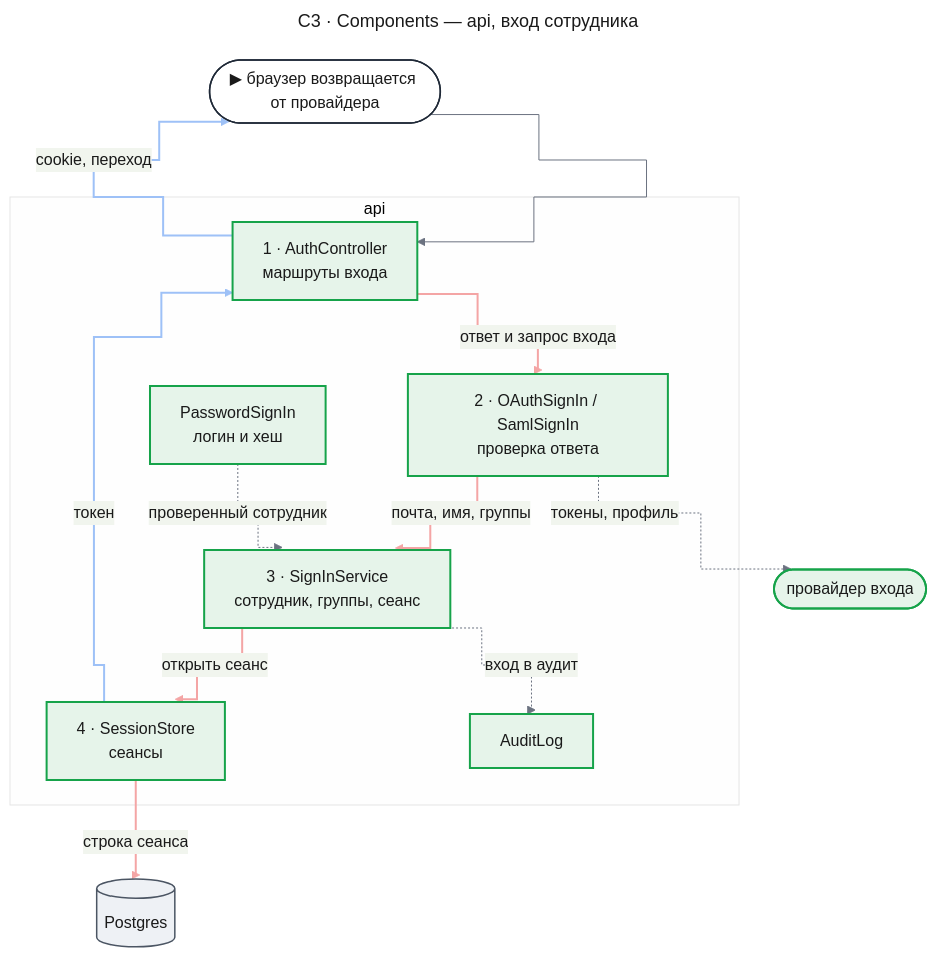
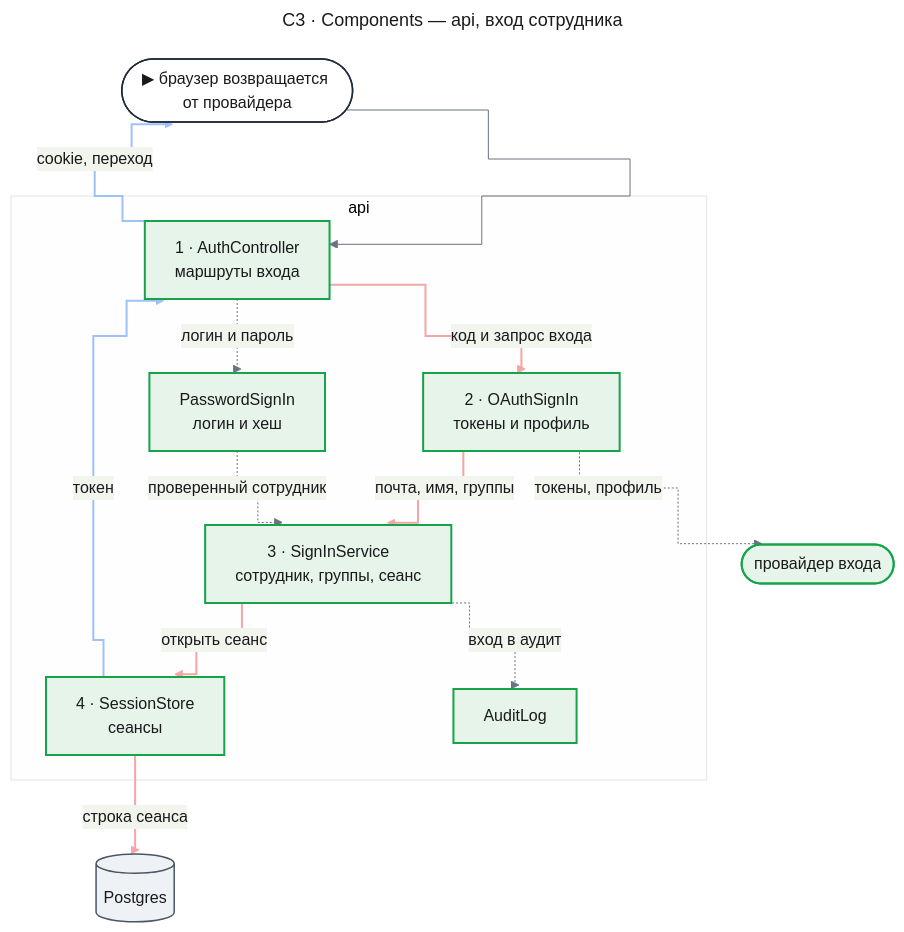
One commit to tundraray/agent-os changed the third of 9 diagrams in docs/features/enterprise-access/design-identity.md. Above: the diagram before and after it, drawn with Mermaid. The commit also changed other lines of this file and 6 other files, not shown here.

````diff
--- a/docs/features/enterprise-access/design-identity.md
+++ b/docs/features/enterprise-access/design-identity.md
@@ -330,60 +310,61 @@
 ```mermaid
 ---
 title: "C3 · Components — api, вход сотрудника"
 config:
   theme: base
   look: classic
   themeVariables:
     primaryColor: "#eef1f5"
     primaryBorderColor: "#4b5563"
     primaryTextColor: "#1a1a1a"
     lineColor: "#6b7280"
   flowchart:
     curve: step
   themeCSS: |
     @keyframes lit_c3a{0%,15%{stroke:#991b1b;stroke-width:6px}16.67%,100%{stroke:#f4a5a5;stroke-width:2px}}
     @keyframes litr_c3a{0%,15%{stroke:#1d4ed8;stroke-width:6px}16.67%,100%{stroke:#9ec1f7;stroke-width:2px}}
 ---
 flowchart TB
     entry(["▶ браузер возвращается от провайдера"])
     subgraph api["api"]
         ctl["1 · AuthController<br/>маршруты входа"]
-        proto["2 · OAuthSignIn / SamlSignIn<br/>проверка ответа"]
+        proto["2 · OAuthSignIn<br/>токены и профиль"]
         sign["3 · SignInService<br/>сотрудник, группы, сеанс"]
         sess["4 · SessionStore<br/>сеансы"]
         pwd["PasswordSignIn<br/>логин и хеш"]
         audit["AuditLog"]
     end
     db[("Postgres")]
     idp(["провайдер входа"])
     entry --> ctl
-    ctl e1@-->|"ответ и запрос входа"| proto
+    ctl e1@-->|"код и запрос входа"| proto
     proto e2@-->|"почта, имя, группы"| sign
     sign e3@-->|"открыть сеанс"| sess
     sess e4@-->|"строка сеанса"| db
     sess e5@-->|"токен"| ctl
     ctl e6@-->|"cookie, переход"| entry
+    ctl -.->|"логин и пароль"| pwd
+    pwd -.->|"проверенный сотрудник"| sign
     proto -.->|"токены, профиль"| idp
-    pwd -.->|"проверенный сотрудник"| sign
     sign -.->|"вход в аудит"| audit
     classDef entry fill:#ffffff,stroke:#1f2937,stroke-width:1.5px,color:#1a1a1a
     classDef changed fill:#fde8e8,stroke:#dc2626,stroke-width:2px,color:#1a1a1a
     classDef new fill:#e6f4ea,stroke:#16a34a,stroke-width:2px,color:#1a1a1a
     classDef unchanged fill:#eef1f5,stroke:#4b5563,stroke-width:1.5px,color:#1a1a1a
     classDef w1 stroke:#f4a5a5,stroke-width:2px,animation:lit_c3a 7.2s linear 0s infinite
     classDef w2 stroke:#f4a5a5,stroke-width:2px,animation:lit_c3a 7.2s linear 1.2s infinite
     classDef w3 stroke:#f4a5a5,stroke-width:2px,animation:lit_c3a 7.2s linear 2.4s infinite
     classDef w4 stroke:#f4a5a5,stroke-width:2px,animation:lit_c3a 7.2s linear 3.6s infinite
     classDef r1 stroke:#9ec1f7,stroke-width:2px,animation:litr_c3a 7.2s linear 4.8s infinite
     classDef r2 stroke:#9ec1f7,stroke-width:2px,animation:litr_c3a 7.2s linear 6s infinite
     class entry entry
     class ctl,proto,sign,sess,pwd,audit new
     class db unchanged
     class idp new
     class e1 w1
     class e2 w2
     class e3 w3
     class e4 w4
     class e5 r1
     class e6 r2
 ```
````
